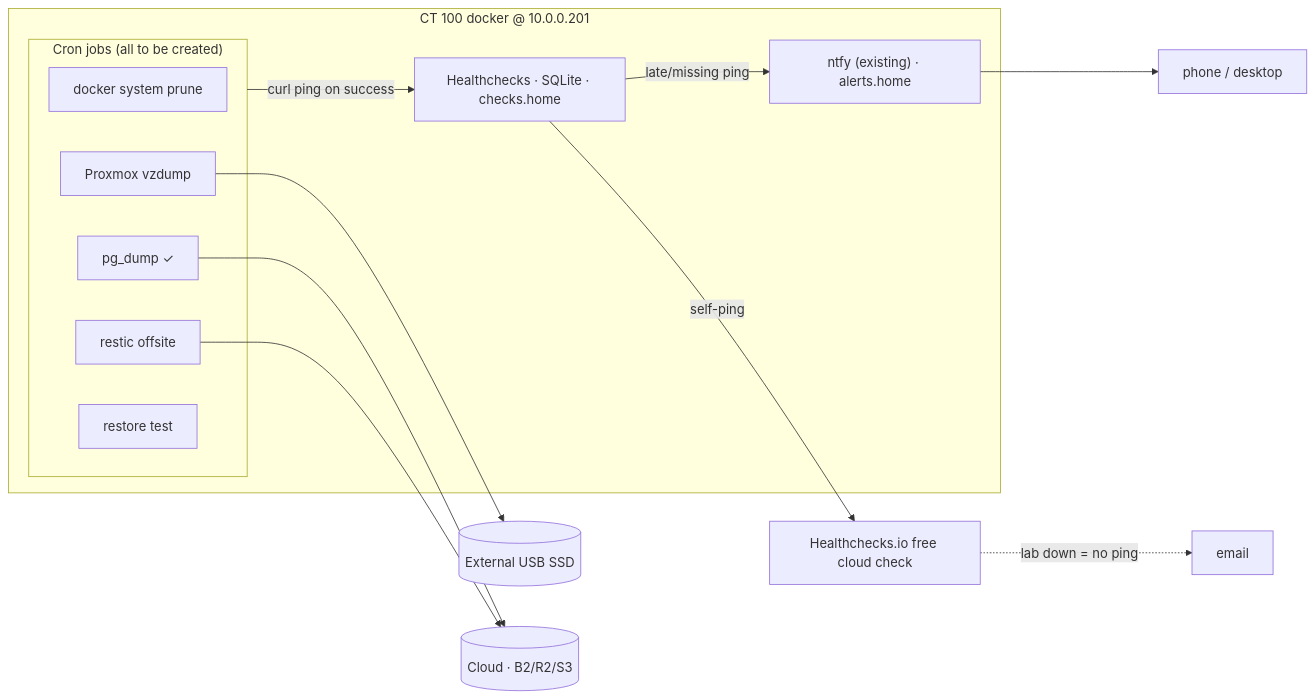
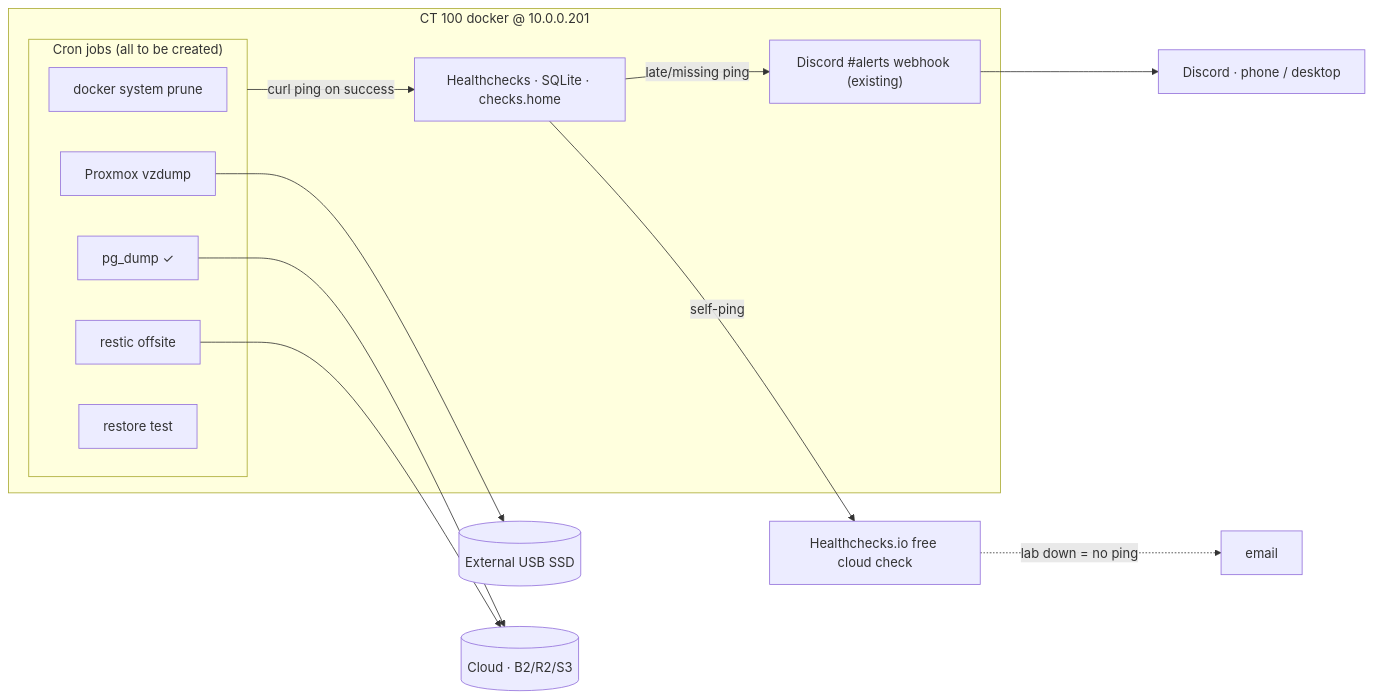
Before and after one commit to brignano/homelab: the diagram in docs/design/tsd-backups-and-monitoring.md, drawn with Mermaid. The commit also changed other lines of this file and 12 other files, not shown here.

First line of the commit message:
refactor(monitoring): consolidate alerting on Discord, remove ntfy

````diff
--- a/docs/design/tsd-backups-and-monitoring.md
+++ b/docs/design/tsd-backups-and-monitoring.md
@@ -34,17 +36,17 @@
 ```mermaid
 flowchart LR
     subgraph LXC["CT 100 docker @ 10.0.0.201"]
         subgraph jobs["Cron jobs (all to be created)"]
             PR[docker system prune] & BK[Proxmox vzdump] & PG[pg_dump ✓] & OFF[restic offsite] & RT[restore test]
         end
         HC[Healthchecks · SQLite · checks.home]
-        NT["ntfy (existing) · alerts.home"]
+        NT["Discord #alerts webhook (existing)"]
     end
     jobs -->|curl ping on success| HC
-    HC -->|late/missing ping| NT --> DEV[phone / desktop]
+    HC -->|late/missing ping| NT --> DEV[Discord · phone / desktop]
     HC -->|self-ping| CLOUD[Healthchecks.io free cloud check]
     CLOUD -.->|lab down = no ping| MAIL[email]
     USB[(External USB SSD)]
     BK --> USB
     PG & OFF --> B2[(Cloud · B2/R2/S3)]
 ```
````
